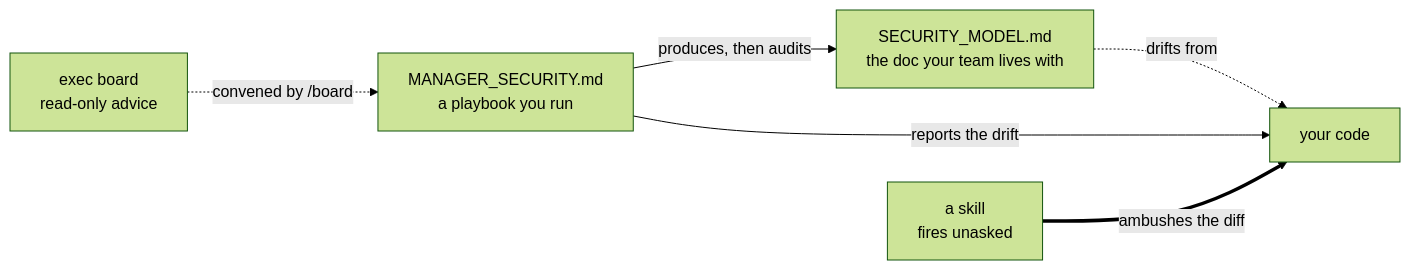
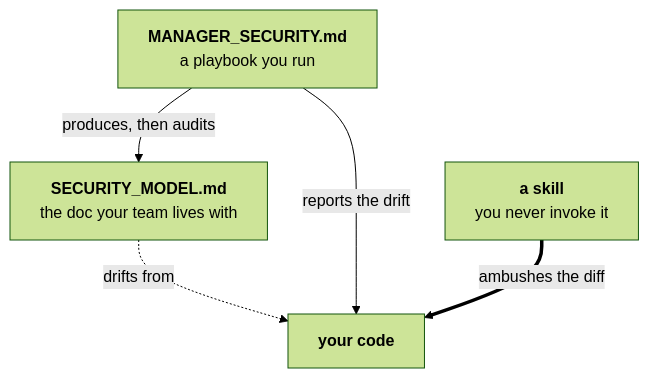
The diagram in README.md (interdisciplinary-xyz/ai-product-builder), drawn with Mermaid (forest theme) before and after one commit. The commit also changed other lines of this file, not shown here.

Commit message:
docs: make the README diagram legible
The mermaid flowchart rendered, but at 1396x290 (4.8:1) it was a wide strip.
GitHub caps the README column at ~800px, so it scaled the whole thing down and
the label text came out around 7px — technically correct, practically unreadable.

Switched LR to TD and dropped the exec-board node into prose: now 660x398
(1.7:1), which fits the column with no downscaling at all, so text renders at
full size.

The earlier check only proved the diagram *parsed*. Parsing is not rendering, and
rendering is not legible — measured the viewBox this time.

````diff
--- a/README.md
+++ b/README.md
@@ -34,14 +34,12 @@
 ```mermaid
-flowchart LR
-    M["MANAGER_SECURITY.md<br/>a playbook you run"]
-    R["SECURITY_MODEL.md<br/>the doc your team lives with"]
-    C["your code"]
-    S["a skill<br/>fires unasked"]
-    B["exec board<br/>read-only advice"]
+flowchart TD
+    M["<b>MANAGER_SECURITY.md</b><br/>a playbook you run"]
+    R["<b>SECURITY_MODEL.md</b><br/>the doc your team lives with"]
+    C["<b>your code</b>"]
+    S["<b>a skill</b><br/>you never invoke it"]
 
     M -->|"produces, then audits"| R
     R -.->|"drifts from"| C
     M -->|"reports the drift"| C
     S ==>|"ambushes the diff"| C
-    B -.->|"convened by /board"| M
 ```
````
